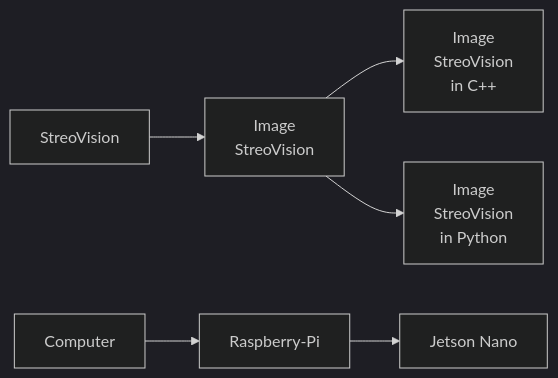
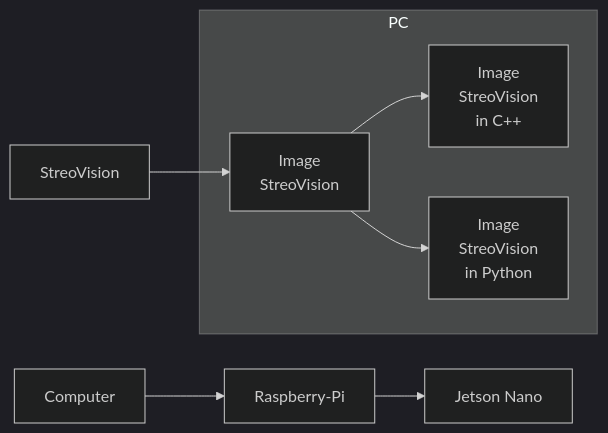
Before and after one commit to SagiK-Repository/StereoVision: the diagram in README.md, drawn with Mermaid (dark theme).

Commit message:
Edit mermaid

````diff
--- a/README.md
+++ b/README.md
@@ -9,6 +9,11 @@
 ```mermaid
 flowchart LR
+subgraph G_1 ["PC"]
+A_1
+B_1
+C_1
+end
 A_0["StreoVision"]-->A_1["Image<br>StreoVision"]-->B_1["Image<br>StreoVision<br> in C++"]
-A_1-->B_2["Image<br>StreoVision<br> in Python"]
+A_1-->C_1["Image<br>StreoVision<br> in Python"]
 A_2["Computer"]-->A_3["Raspberry-Pi"]-->A_4["Jetson Nano"]
 ```
````
